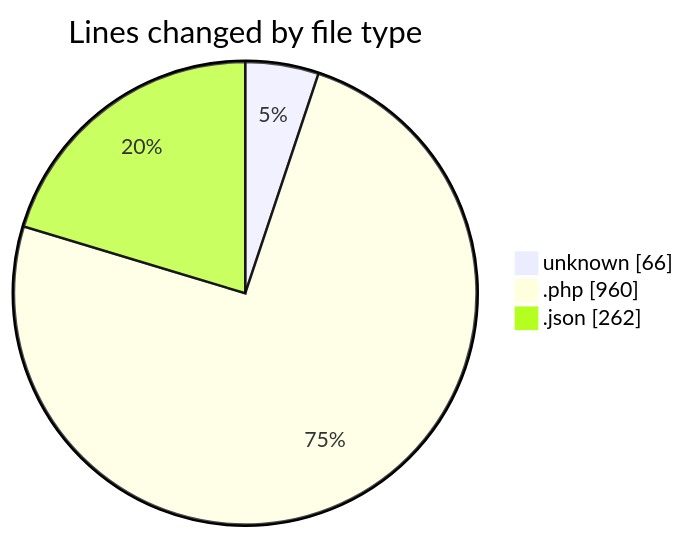
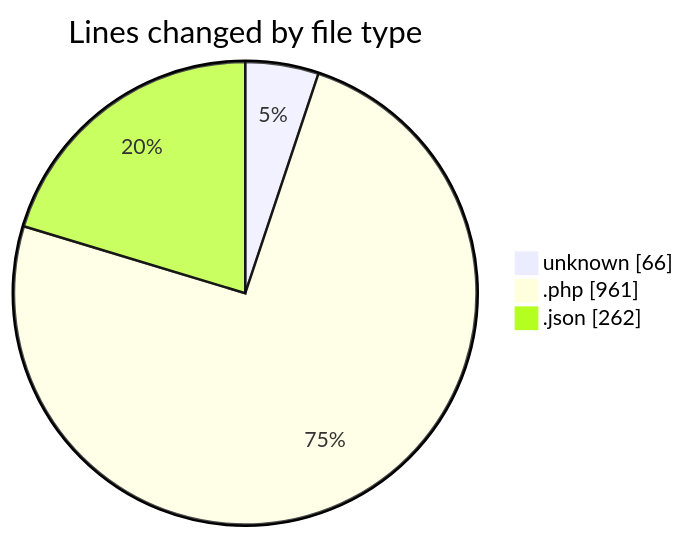
One commit to idhammustaqopulfikri/code-tracking changed the first of 2 diagrams in 2025-11-08/futsal/README.md. Above: the diagram before and after it, drawn with Mermaid. The commit also changed other lines of this file and 1 other file, not shown here.

````diff
--- a/2025-11-08/futsal/README.md
+++ b/2025-11-08/futsal/README.md
@@ -32,7 +32,7 @@
 ```mermaid
 pie showData
 title Lines changed by file type
 "unknown" : 66
-".php" : 960
+".php" : 961
 ".json" : 262
 ```
````
